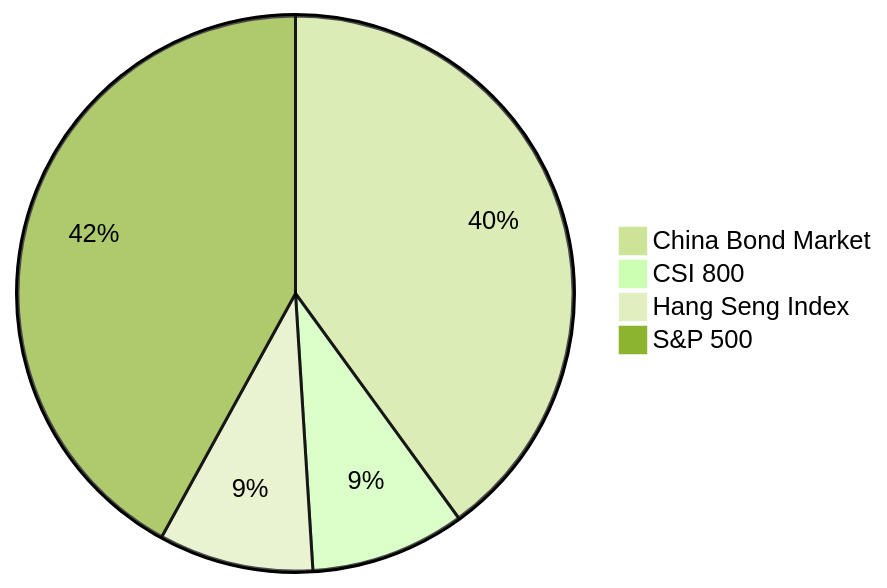
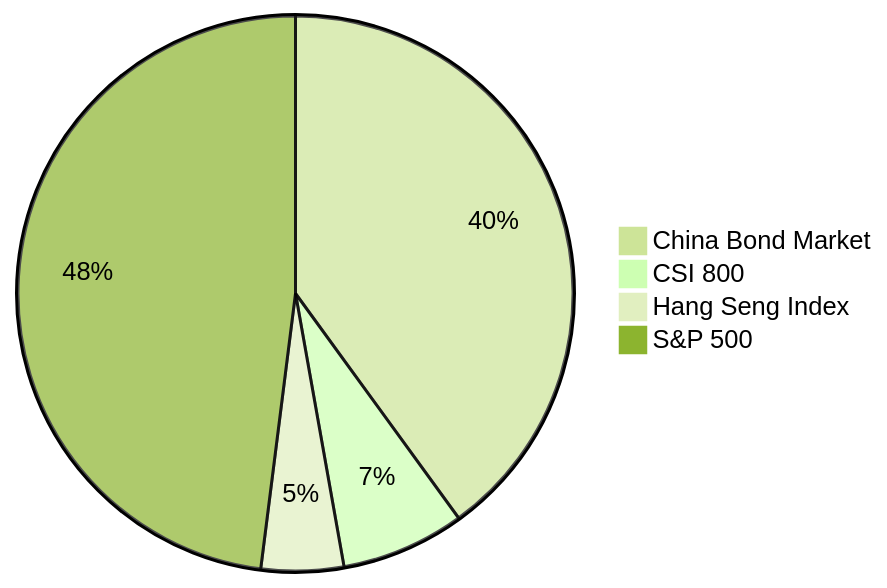
One commit to low-earth-orbit/notes changed the third of 5 diagrams in chinese-couch-potato.md. Above: the diagram before and after it, drawn with Mermaid (forest theme). The commit also changed other lines of this file, not shown here.

````diff
--- a/chinese-couch-potato.md
+++ b/chinese-couch-potato.md
@@ -145,7 +145,7 @@
 ```mermaid
 pie
 "China Bond Market" : 40
-"CSI 800" : 9
-"Hang Seng Index" : 9
-"S&P 500" : 42
+"CSI 800" : 7.2
+"Hang Seng Index" : 4.8
+"S&P 500" : 48
 ```
````
